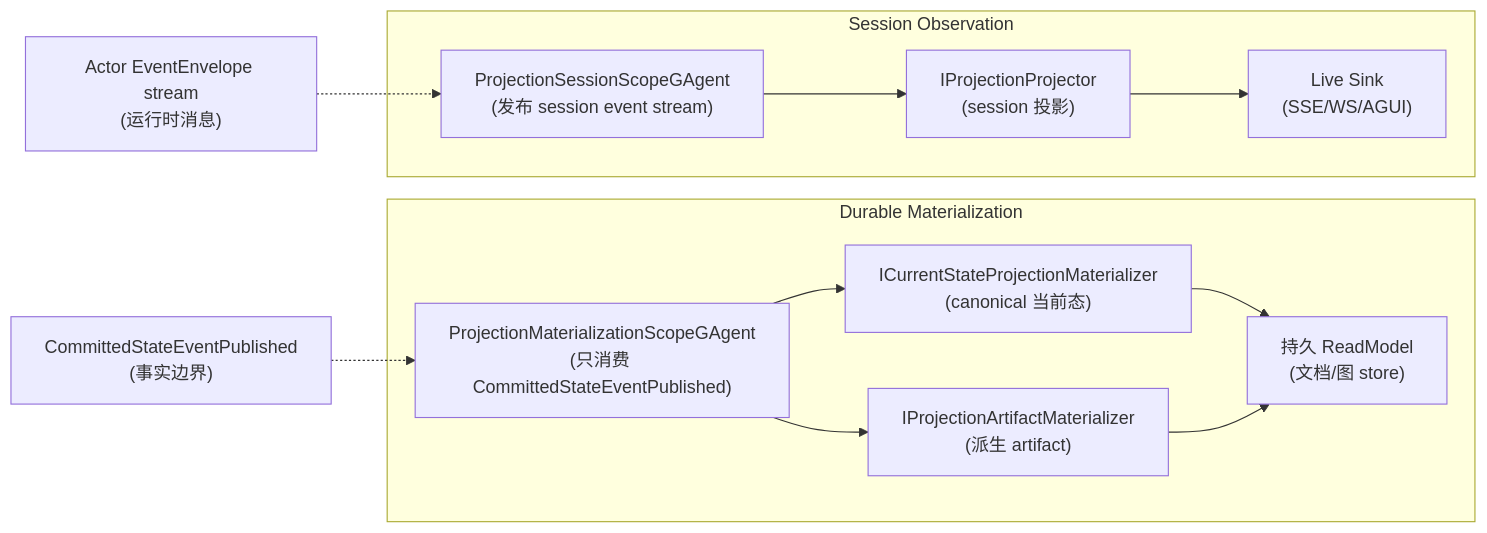
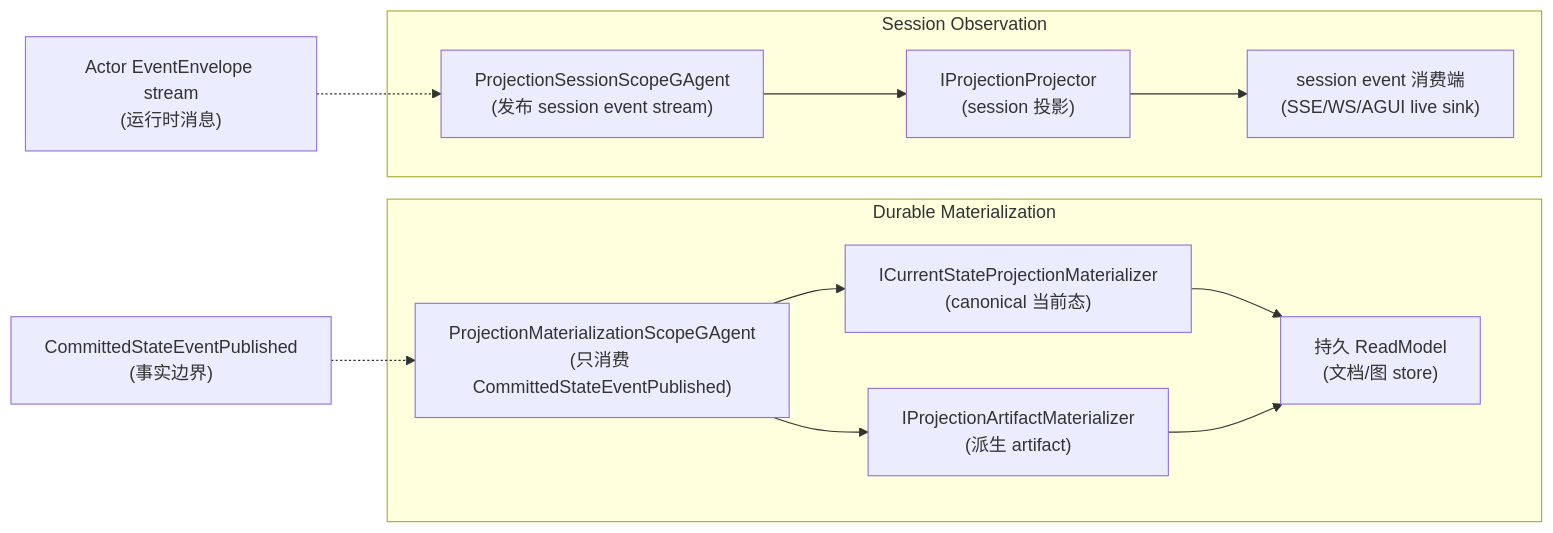
One commit to eanzhao-os/aevatar-review changed the second of 2 diagrams in 05/02-two-projection-modes.md. Above: the diagram before and after it, drawn with Mermaid. The commit also changed other lines of this file and 27 other files, not shown here.

First line of the commit message:
docs: review pass — strip-debris cleanup + source-verified fixes + diagrams (原则2)

````diff
--- a/05/02-two-projection-modes.md
+++ b/05/02-two-projection-modes.md
@@ -46,19 +60,19 @@
 ```mermaid
 graph LR
     subgraph Durable["Durable Materialization"]
         D1["ProjectionMaterializationScopeGAgent<br/>(只消费 CommittedStateEventPublished)"]
         D2["ICurrentStateProjectionMaterializer<br/>(canonical 当前态)"]
         D3["IProjectionArtifactMaterializer<br/>(派生 artifact)"]
         D4["持久 ReadModel<br/>(文档/图 store)"]
         D1 --> D2 --> D4
         D1 --> D3 --> D4
     end
     subgraph Session["Session Observation"]
         S1["ProjectionSessionScopeGAgent<br/>(发布 session event stream)"]
         S2["IProjectionProjector<br/>(session 投影)"]
-        S3["Live Sink<br/>(SSE/WS/AGUI)"]
+        S3["session event 消费端<br/>(SSE/WS/AGUI live sink)"]
         S1 --> S2 --> S3
     end
     CS["CommittedStateEventPublished<br/>(事实边界)"] -.-> D1
     EE["Actor EventEnvelope stream<br/>(运行时消息)"] -.-> S1
 ```
````
